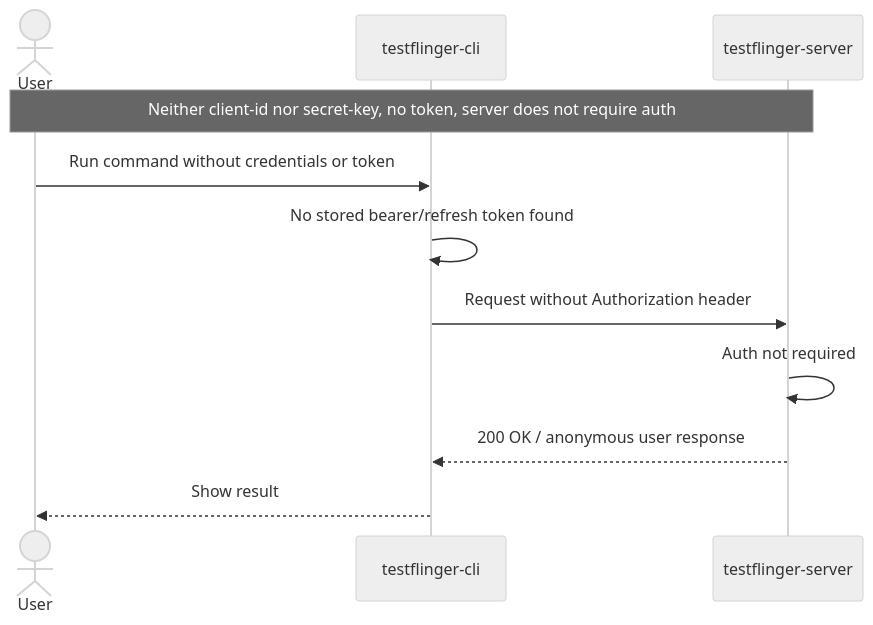
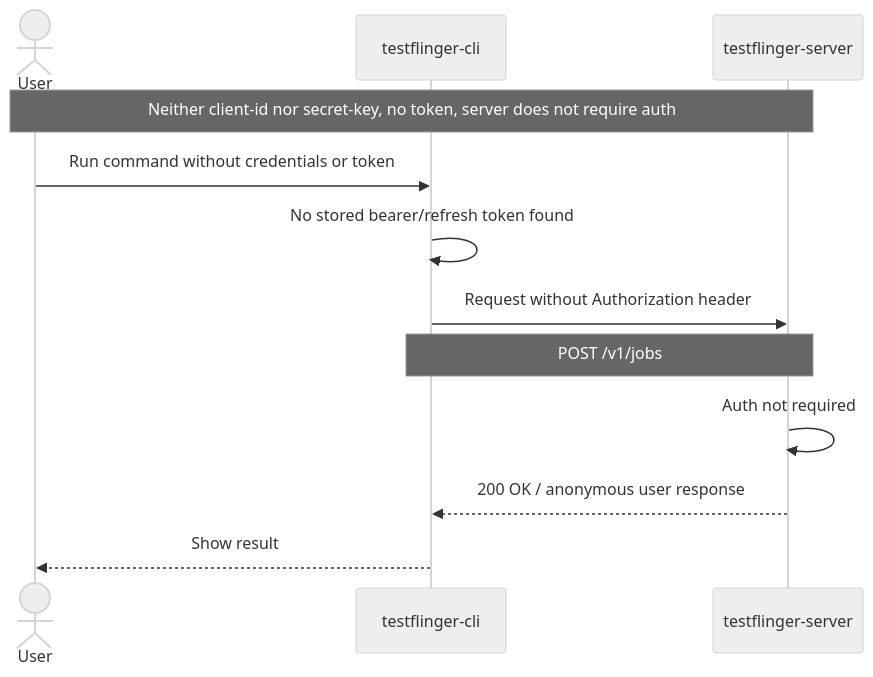
Before and after one commit to canonical/testflinger: the seventh of 7 diagrams in docs/explanation/authentication.rst, drawn with Mermaid (neutral theme). The commit also changed other lines of this file, not shown here.

```diff
--- a/docs/explanation/authentication.rst
+++ b/docs/explanation/authentication.rst
@@ -211,17 +230,18 @@
 .. mermaid::
     :alt: Sequence diagram showing no auth for anonymous login
     :caption: Sequence diagram showing no auth for anonymous login
     :align: center
 
     sequenceDiagram
         actor User
         participant CLI as testflinger-cli
         participant Server as testflinger-server
 
         Note over User,Server: Neither client-id nor secret-key, no token, server does not require auth
         User->>CLI: Run command without credentials or token
         CLI->>CLI: No stored bearer/refresh token found
         CLI->>Server: Request without Authorization header
+        Note over CLI,Server: POST /v1/jobs
         Server->>Server: Auth not required
         Server-->>CLI: 200 OK / anonymous user response
         CLI-->>User: Show result
```
